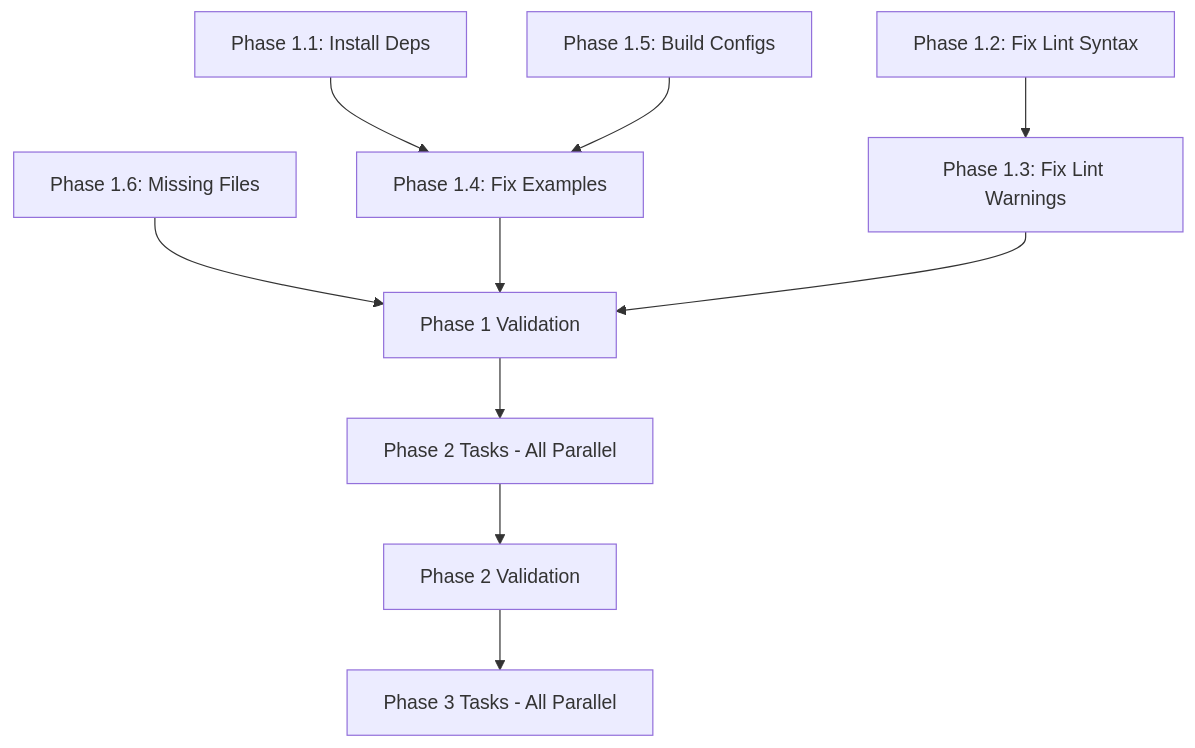
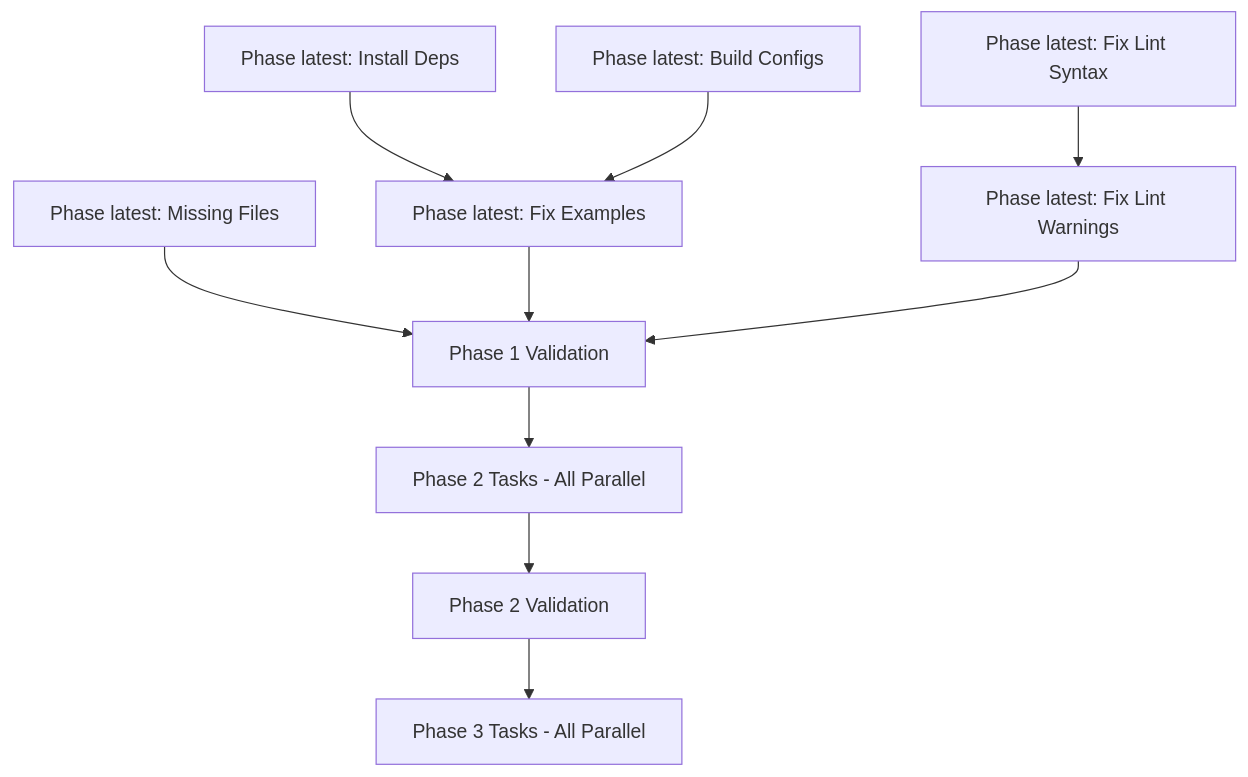
The diagram in docs/archive/legacy-pre-2030/ORCHESTRATION-SUMMARY.md (seanchatmangpt/unrdf), drawn with Mermaid before and after one commit. The commit also changed other lines of this file and 3567 other files, not shown here.

````diff
--- a/docs/archive/legacy-pre-2030/ORCHESTRATION-SUMMARY.md
+++ b/docs/archive/legacy-pre-2030/ORCHESTRATION-SUMMARY.md
@@ -112,12 +112,12 @@
 ```mermaid
 graph TD
-    A[Phase 1.1: Install Deps] --> D[Phase 1.4: Fix Examples]
-    B[Phase 1.2: Fix Lint Syntax] --> C[Phase 1.3: Fix Lint Warnings]
-    E[Phase 1.5: Build Configs] --> D
-    F[Phase 1.6: Missing Files] --> G[Phase 1 Validation]
+    A[Phase latest: Install Deps] --> D[Phase latest: Fix Examples]
+    B[Phase latest: Fix Lint Syntax] --> C[Phase latest: Fix Lint Warnings]
+    E[Phase latest: Build Configs] --> D
+    F[Phase latest: Missing Files] --> G[Phase 1 Validation]
     D --> G
     C --> G
     G --> H[Phase 2 Tasks - All Parallel]
     H --> I[Phase 2 Validation]
     I --> J[Phase 3 Tasks - All Parallel]
 ```
````
